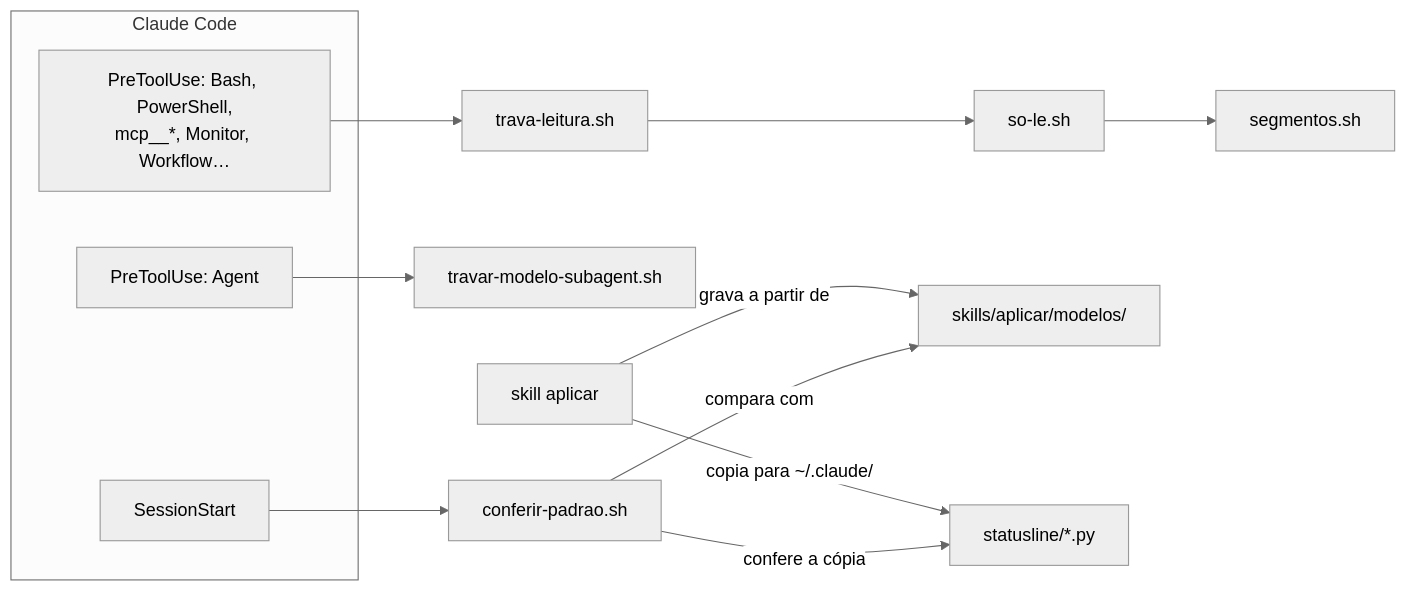
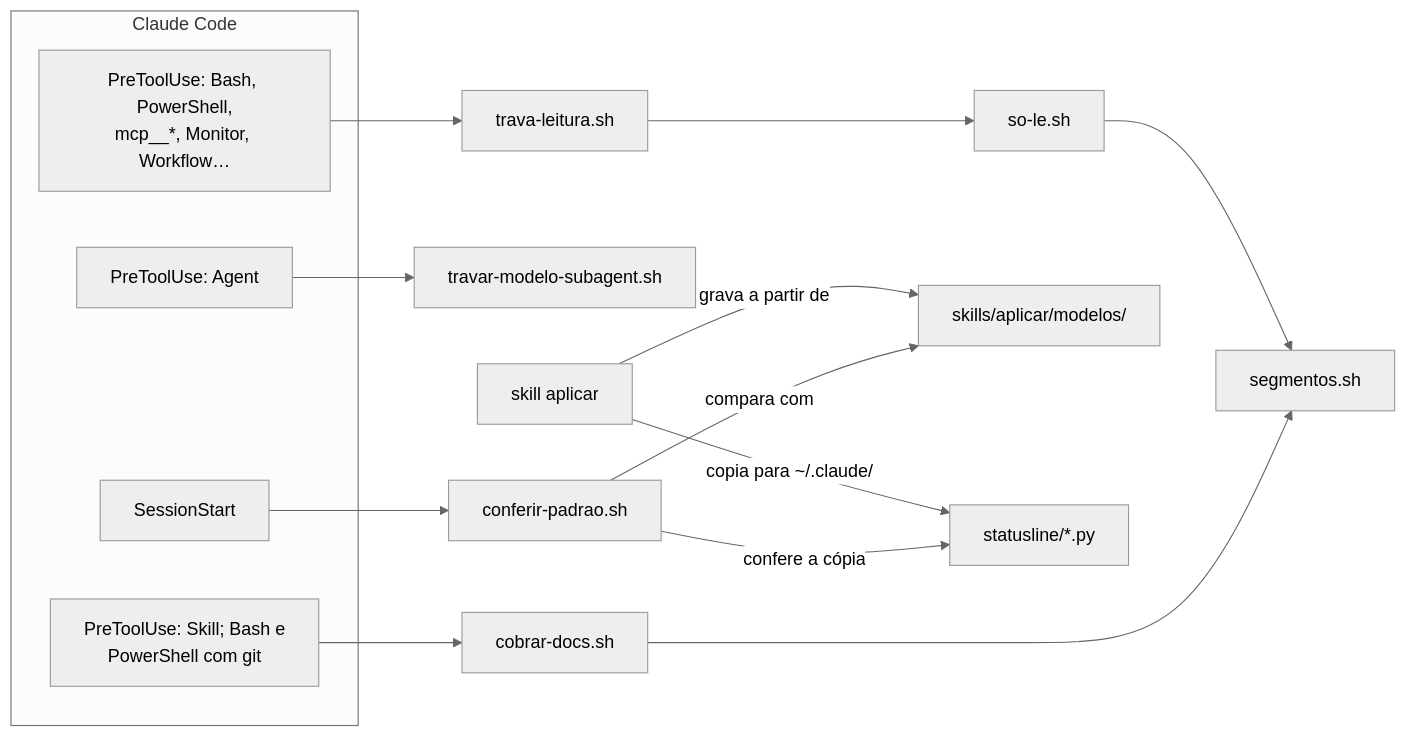
The first of 5 diagrams in docs/como-funciona.md (Kortek-Tecnologia/claude-padrao), drawn with Mermaid (neutral theme) before and after one commit. The commit also changed other lines of this file and 13 other files, not shown here.

````diff
--- a/docs/como-funciona.md
+++ b/docs/como-funciona.md
@@ -8,15 +8,17 @@
 ```mermaid
 flowchart LR
   subgraph CC["Claude Code"]
     SS["SessionStart"]
     AG["PreToolUse: Agent"]
     BT["PreToolUse: Bash, PowerShell,<br/>mcp__*, Monitor, Workflow…"]
+    GC["PreToolUse: Skill; Bash e<br/>PowerShell com git"]
   end
   SS --> CP["conferir-padrao.sh"]
   AG --> TM["travar-modelo-subagent.sh"]
   BT --> TL["trava-leitura.sh"] --> SL["so-le.sh"] --> SG["segmentos.sh"]
+  GC --> CD["cobrar-docs.sh"] --> SG
   AP["skill aplicar"] -->|"grava a partir de"| MOD["skills/aplicar/modelos/"]
   CP -->|"compara com"| MOD
   AP -->|"copia para ~/.claude/"| ST["statusline/*.py"]
   CP -->|"confere a cópia"| ST
 ```
````
